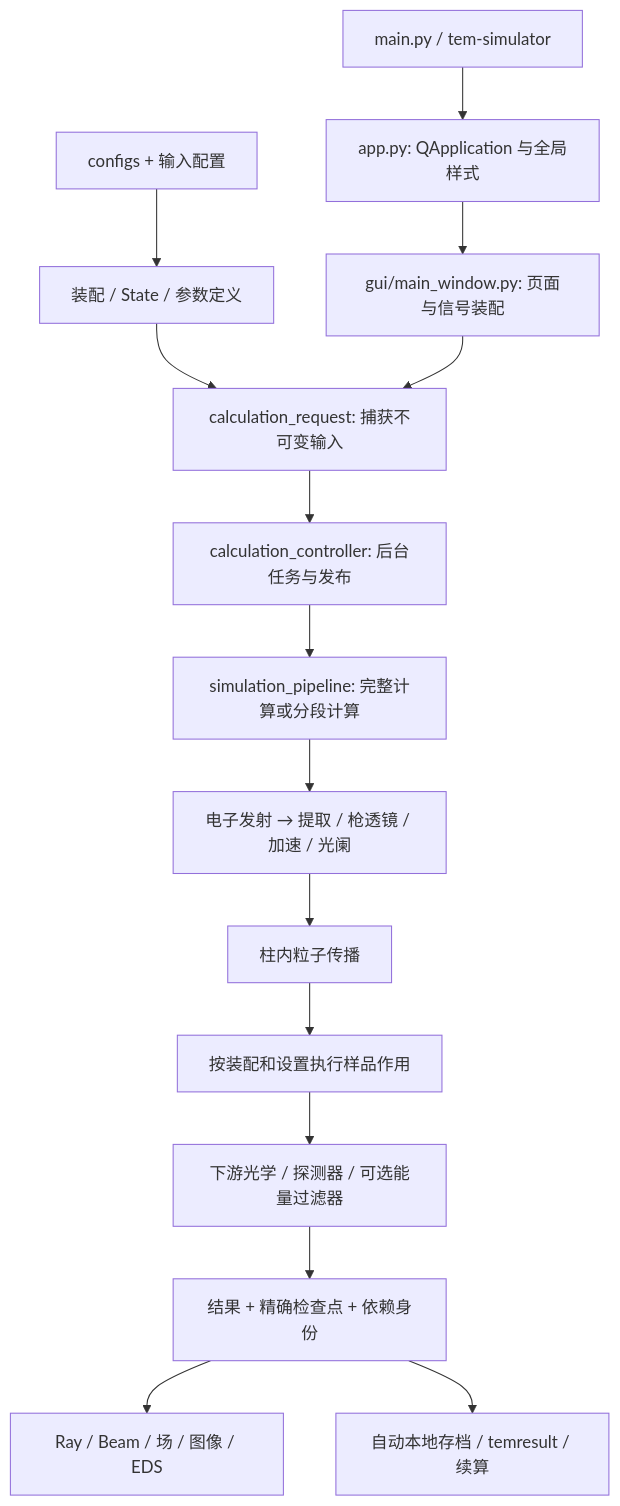
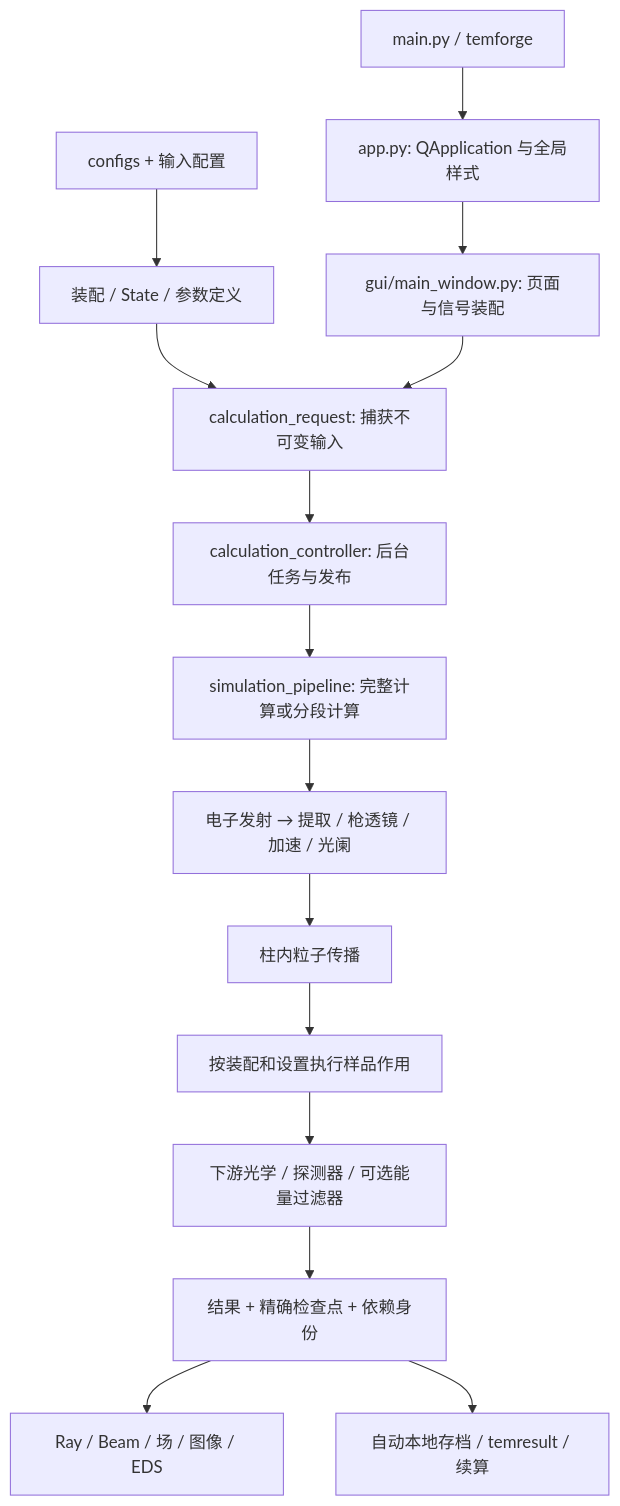
One commit to MagNetiCLLLL/TEM-Design-and-Simulation changed the first of 2 diagrams in docs/PROJECT_MAP.md. Above: the diagram before and after it, drawn with Mermaid. The commit also changed other lines of this file and 34 other files, not shown here.

````diff
--- a/docs/PROJECT_MAP.md
+++ b/docs/PROJECT_MAP.md
@@ -120,17 +120,17 @@
 ```mermaid
 flowchart TD
-    Entry[main.py / tem-simulator] --> App[app.py: QApplication 与全局样式]
+    Entry[main.py / temforge] --> App[app.py: QApplication 与全局样式]
     App --> Window[gui/main_window.py: 页面与信号装配]
     Config[configs + 输入配置] --> Model[装配 / State / 参数定义]
     Model --> Capture[calculation_request: 捕获不可变输入]
     Window --> Capture
     Capture --> Control[calculation_controller: 后台任务与发布]
     Control --> Pipe[simulation_pipeline: 完整计算或分段计算]
     Pipe --> Gun[电子发射 → 提取 / 枪透镜 / 加速 / 光阑]
     Gun --> Column[柱内粒子传播]
     Column --> Sample[按装配和设置执行样品作用]
     Sample --> Readout[下游光学 / 探测器 / 可选能量过滤器]
     Readout --> Result[结果 + 精确检查点 + 依赖身份]
     Result --> View[Ray / Beam / 场 / 图像 / EDS]
     Result --> Archive[自动本地存档 / temresult / 续算]
 ```
````
